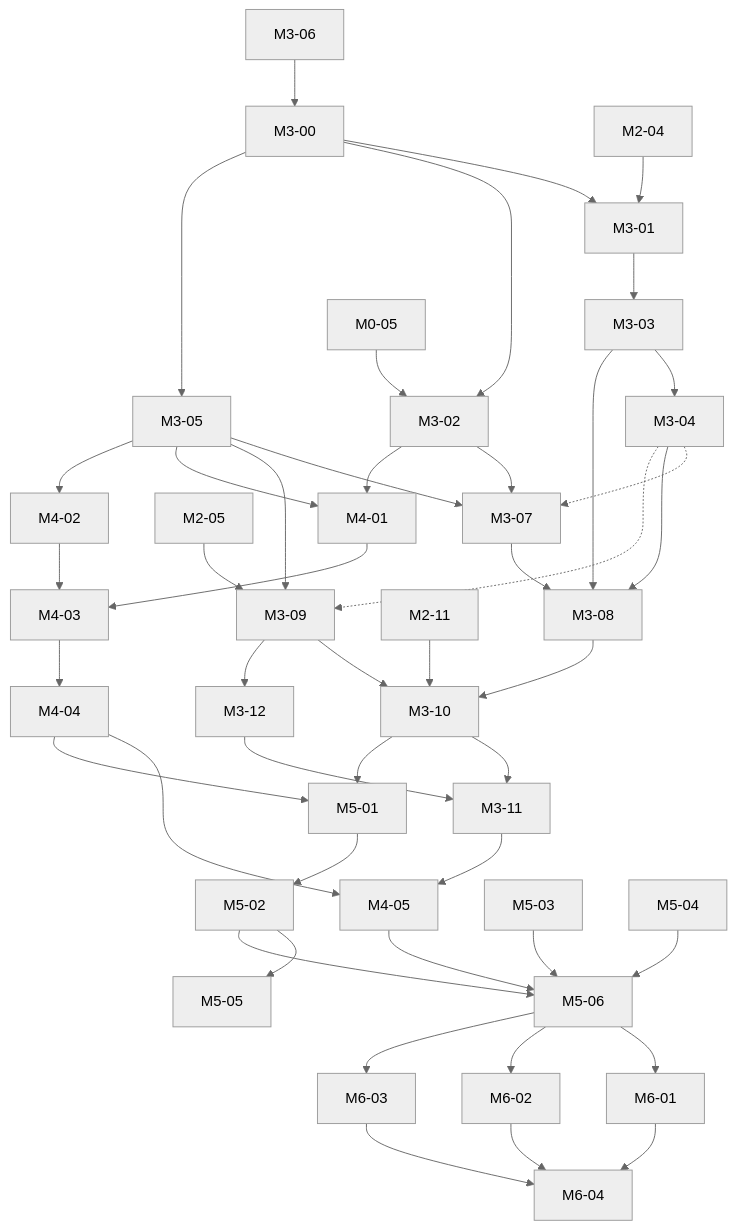
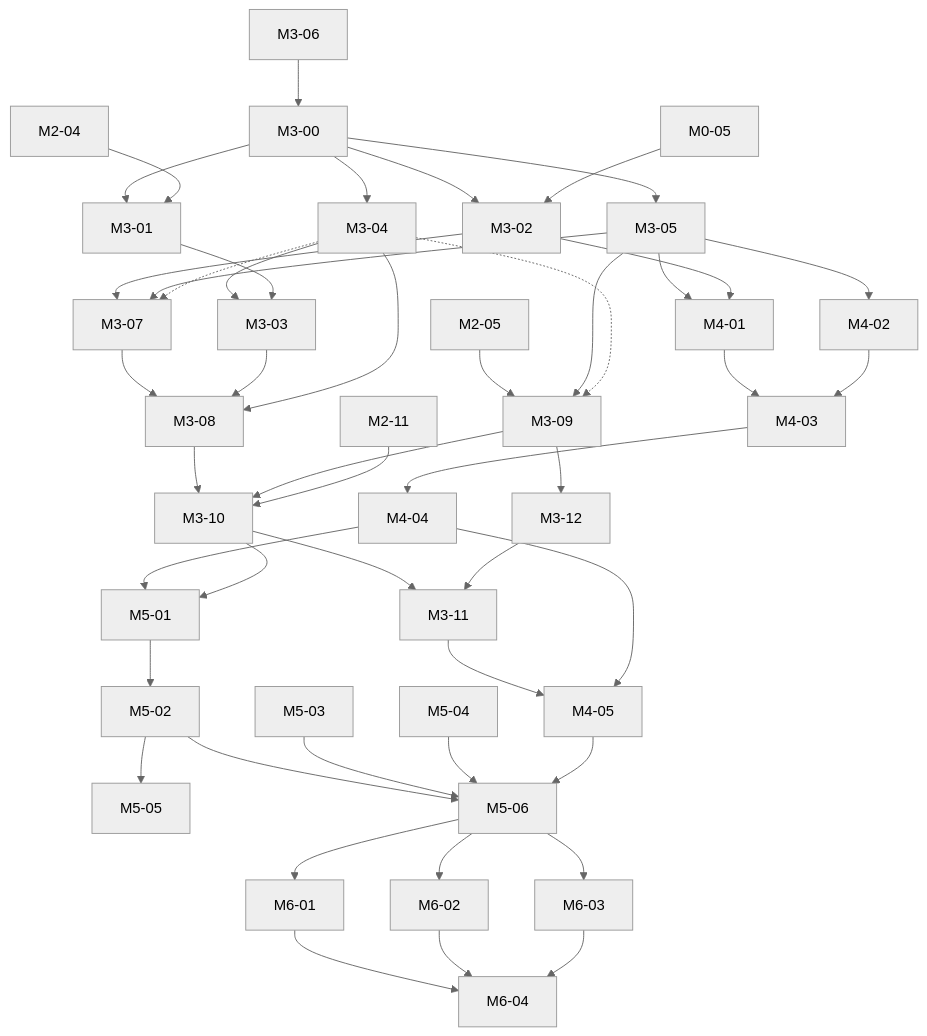
The diagram in tasks/BACKLOG.md (Mohammad-Aminazadeh/brain-3d-reconstruction), drawn with Mermaid (neutral theme) before and after one commit. The commit also changed other lines of this file and 4 other files, not shown here.

````diff
--- a/tasks/BACKLOG.md
+++ b/tasks/BACKLOG.md
@@ -84,39 +84,40 @@
 ```mermaid
 flowchart TD
     M3-06 --> M3-00
     M3-00 --> M3-01 & M3-02 & M3-05
     M2-04 --> M3-01
-    M3-01 --> M3-03 --> M3-04
+    M3-00 --> M3-04 --> M3-03
+    M3-01 --> M3-03
     M0-05 --> M3-02
     M3-02 --> M3-07
     M3-05 --> M3-07
     M3-04 -.-> M3-07
     M3-07 --> M3-08
     M3-03 --> M3-08
     M3-04 --> M3-08
     M2-05 --> M3-09
     M3-05 --> M3-09
     M3-04 -.-> M3-09
     M3-08 --> M3-10
     M3-09 --> M3-10
     M2-11 --> M3-10
     M3-09 --> M3-12
     M3-10 --> M3-11
     M3-12 --> M3-11
     M3-05 --> M4-01
     M3-02 --> M4-01
     M3-05 --> M4-02
     M4-01 --> M4-03
     M4-02 --> M4-03 --> M4-04
     M3-11 --> M4-05
     M4-04 --> M4-05
     M4-04 --> M5-01
     M3-10 --> M5-01
     M5-01 --> M5-02
     M5-02 --> M5-05
     M5-02 --> M5-06
     M5-03 --> M5-06
     M5-04 --> M5-06
     M4-05 --> M5-06
     M5-06 --> M6-01 & M6-02 & M6-03 --> M6-04
 ```
````
